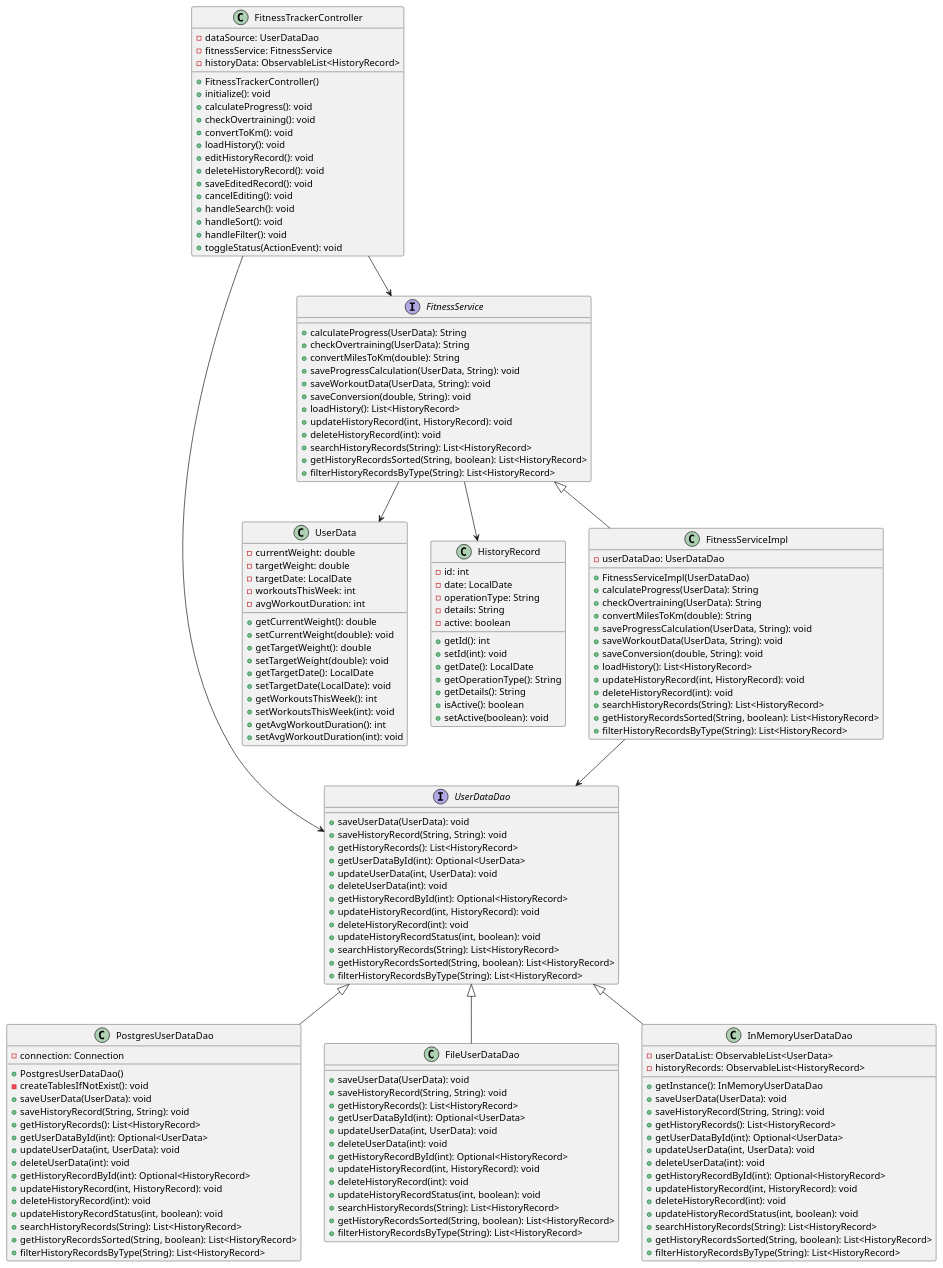
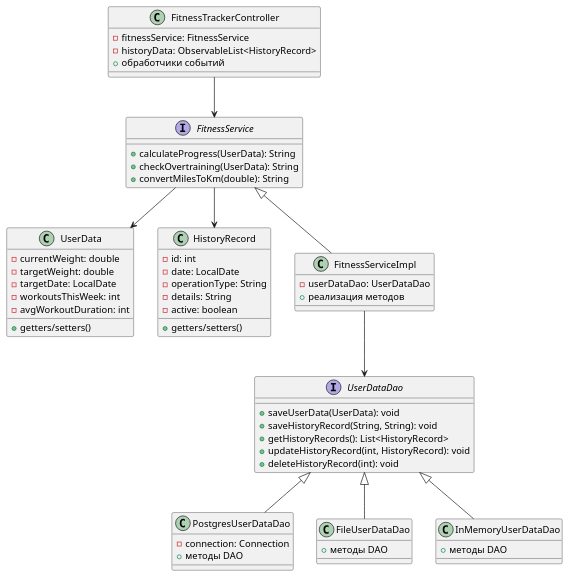
One commit to SirBrusEd2/Fitness-Tracker changed the diagram in Диаграмма классов.puml. Above: the diagram before and after it, drawn with PlantUML. The commit also changed 27 other files, not shown here.

```diff
--- a/Диаграмма классов.puml
+++ b/Диаграмма классов.puml
@@ -1,176 +1,75 @@
 @startuml FitnessTrackerClassDiagram
 
-' Основные классы модели
+' Модели данных
 class UserData {
   - currentWeight: double
   - targetWeight: double
   - targetDate: LocalDate
   - workoutsThisWeek: int
   - avgWorkoutDuration: int
-  + getCurrentWeight(): double
-  + setCurrentWeight(double): void
-  + getTargetWeight(): double
-  + setTargetWeight(double): void
-  + getTargetDate(): LocalDate
-  + setTargetDate(LocalDate): void
-  + getWorkoutsThisWeek(): int
-  + setWorkoutsThisWeek(int): void
-  + getAvgWorkoutDuration(): int
-  + setAvgWorkoutDuration(int): void
+  + getters/setters()
 }
 
 class HistoryRecord {
   - id: int
   - date: LocalDate
   - operationType: String
   - details: String
   - active: boolean
-  + getId(): int
-  + setId(int): void
-  + getDate(): LocalDate
-  + getOperationType(): String
-  + getDetails(): String
-  + isActive(): boolean
-  + setActive(boolean): void
+  + getters/setters()
 }
 
-' Интерфейсы и классы DAO
+' DAO-слой
 interface UserDataDao {
   + saveUserData(UserData): void
   + saveHistoryRecord(String, String): void
   + getHistoryRecords(): List<HistoryRecord>
-  + getUserDataById(int): Optional<UserData>
-  + updateUserData(int, UserData): void
-  + deleteUserData(int): void
-  + getHistoryRecordById(int): Optional<HistoryRecord>
   + updateHistoryRecord(int, HistoryRecord): void
   + deleteHistoryRecord(int): void
-  + updateHistoryRecordStatus(int, boolean): void
-  + searchHistoryRecords(String): List<HistoryRecord>
-  + getHistoryRecordsSorted(String, boolean): List<HistoryRecord>
-  + filterHistoryRecordsByType(String): List<HistoryRecord>
 }
 
 class PostgresUserDataDao {
   - connection: Connection
-  + PostgresUserDataDao()
-  - createTablesIfNotExist(): void
-  + saveUserData(UserData): void
-  + saveHistoryRecord(String, String): void
-  + getHistoryRecords(): List<HistoryRecord>
-  + getUserDataById(int): Optional<UserData>
-  + updateUserData(int, UserData): void
-  + deleteUserData(int): void
-  + getHistoryRecordById(int): Optional<HistoryRecord>
-  + updateHistoryRecord(int, HistoryRecord): void
-  + deleteHistoryRecord(int): void
-  + updateHistoryRecordStatus(int, boolean): void
-  + searchHistoryRecords(String): List<HistoryRecord>
-  + getHistoryRecordsSorted(String, boolean): List<HistoryRecord>
-  + filterHistoryRecordsByType(String): List<HistoryRecord>
+  + методы DAO
 }
 
 class FileUserDataDao {
-  + saveUserData(UserData): void
-  + saveHistoryRecord(String, String): void
-  + getHistoryRecords(): List<HistoryRecord>
-  + getUserDataById(int): Optional<UserData>
-  + updateUserData(int, UserData): void
-  + deleteUserData(int): void
-  + getHistoryRecordById(int): Optional<HistoryRecord>
-  + updateHistoryRecord(int, HistoryRecord): void
-  + deleteHistoryRecord(int): void
-  + updateHistoryRecordStatus(int, boolean): void
-  + searchHistoryRecords(String): List<HistoryRecord>
-  + getHistoryRecordsSorted(String, boolean): List<HistoryRecord>
-  + filterHistoryRecordsByType(String): List<HistoryRecord>
+  + методы DAO
 }
 
 class InMemoryUserDataDao {
-  - userDataList: ObservableList<UserData>
-  - historyRecords: ObservableList<HistoryRecord>
-  + getInstance(): InMemoryUserDataDao
-  + saveUserData(UserData): void
-  + saveHistoryRecord(String, String): void
-  + getHistoryRecords(): List<HistoryRecord>
-  + getUserDataById(int): Optional<UserData>
-  + updateUserData(int, UserData): void
-  + deleteUserData(int): void
-  + getHistoryRecordById(int): Optional<HistoryRecord>
-  + updateHistoryRecord(int, HistoryRecord): void
-  + deleteHistoryRecord(int): void
-  + updateHistoryRecordStatus(int, boolean): void
-  + searchHistoryRecords(String): List<HistoryRecord>
-  + getHistoryRecordsSorted(String, boolean): List<HistoryRecord>
-  + filterHistoryRecordsByType(String): List<HistoryRecord>
+  + методы DAO
 }
 
 ' Сервисный слой
 interface FitnessService {
   + calculateProgress(UserData): String
   + checkOvertraining(UserData): String
   + convertMilesToKm(double): String
-  + saveProgressCalculation(UserData, String): void
-  + saveWorkoutData(UserData, String): void
-  + saveConversion(double, String): void
-  + loadHistory(): List<HistoryRecord>
-  + updateHistoryRecord(int, HistoryRecord): void
-  + deleteHistoryRecord(int): void
-  + searchHistoryRecords(String): List<HistoryRecord>
-  + getHistoryRecordsSorted(String, boolean): List<HistoryRecord>
-  + filterHistoryRecordsByType(String): List<HistoryRecord>
 }
 
 class FitnessServiceImpl {
   - userDataDao: UserDataDao
-  + FitnessServiceImpl(UserDataDao)
-  + calculateProgress(UserData): String
-  + checkOvertraining(UserData): String
-  + convertMilesToKm(double): String
-  + saveProgressCalculation(UserData, String): void
-  + saveWorkoutData(UserData, String): void
-  + saveConversion(double, String): void
-  + loadHistory(): List<HistoryRecord>
-  + updateHistoryRecord(int, HistoryRecord): void
-  + deleteHistoryRecord(int): void
-  + searchHistoryRecords(String): List<HistoryRecord>
-  + getHistoryRecordsSorted(String, boolean): List<HistoryRecord>
-  + filterHistoryRecordsByType(String): List<HistoryRecord>
+  + реализация методов
 }
 
 ' Контроллер
 class FitnessTrackerController {
-  - dataSource: UserDataDao
   - fitnessService: FitnessService
   - historyData: ObservableList<HistoryRecord>
-  + FitnessTrackerController()
-  + initialize(): void
-  + calculateProgress(): void
-  + checkOvertraining(): void
-  + convertToKm(): void
-  + loadHistory(): void
-  + editHistoryRecord(): void
-  + deleteHistoryRecord(): void
-  + saveEditedRecord(): void
-  + cancelEditing(): void
-  + handleSearch(): void
-  + handleSort(): void
-  + handleFilter(): void
-  + toggleStatus(ActionEvent): void
+  + обработчики событий
 }
 
-' Связи между классами
+' Связи
 UserDataDao <|-- PostgresUserDataDao
 UserDataDao <|-- FileUserDataDao
 UserDataDao <|-- InMemoryUserDataDao
 
 FitnessService <|-- FitnessServiceImpl
 
 FitnessTrackerController --> FitnessService
-FitnessTrackerController --> UserDataDao
 FitnessServiceImpl --> UserDataDao
-
 FitnessService --> UserData
 FitnessService --> HistoryRecord
 
 @enduml
```
